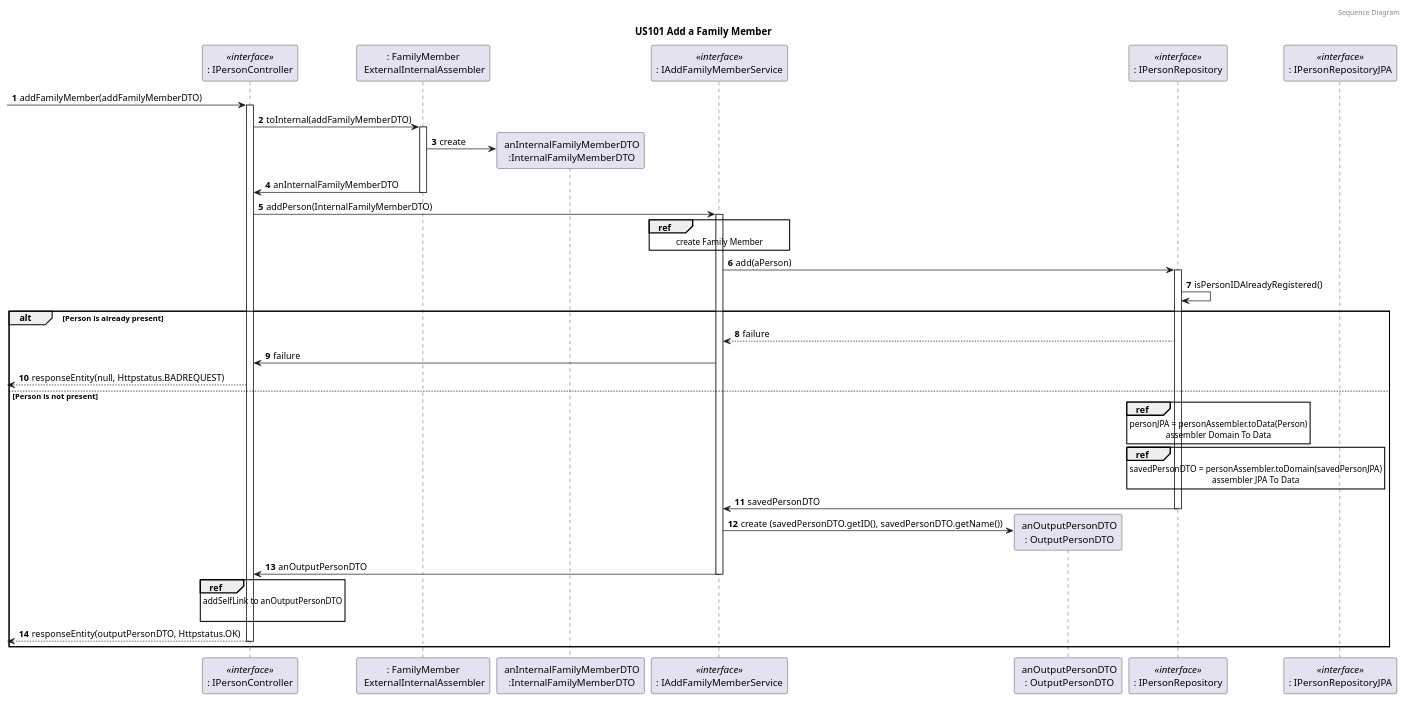
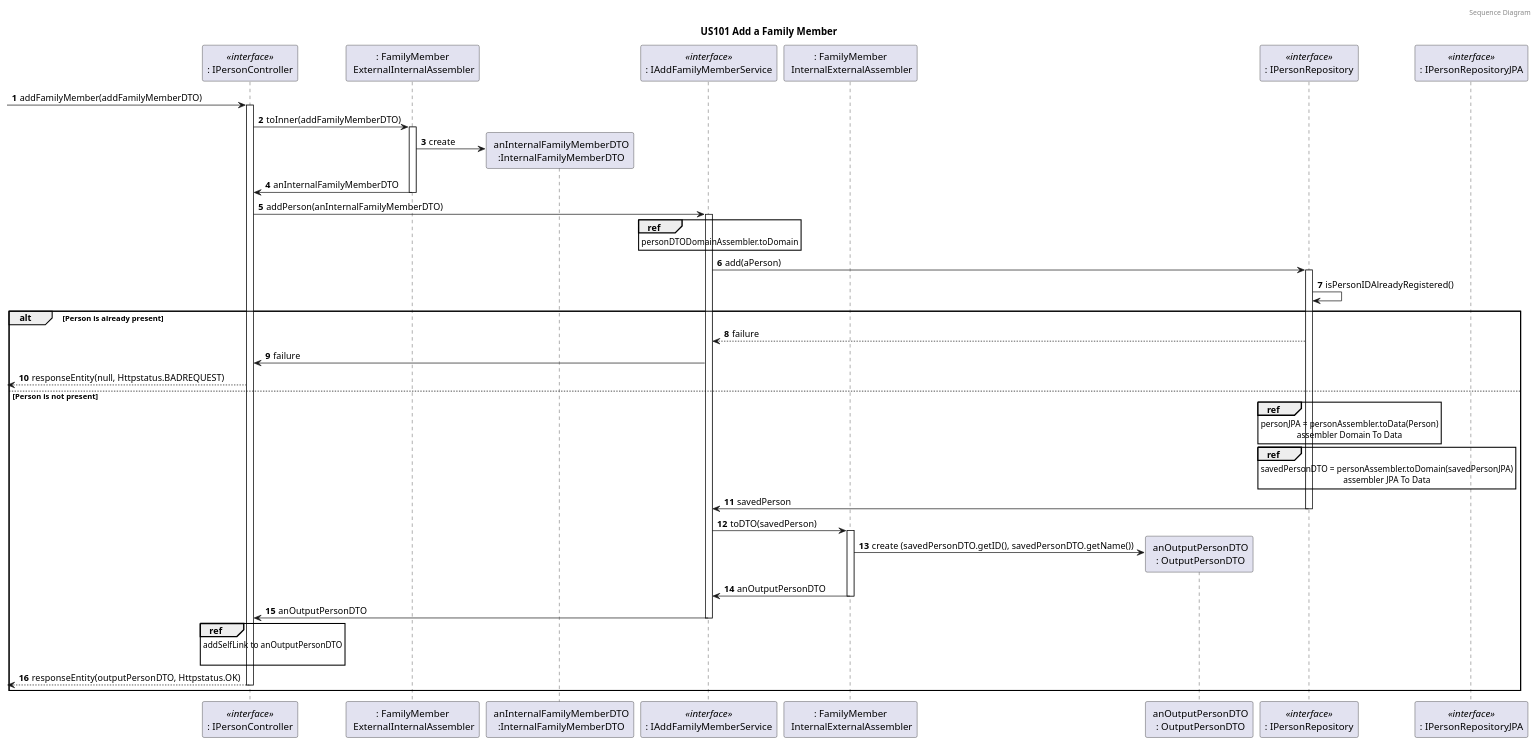
Before and after one commit to tomas-osswald/switch_2020_g3: the fourth of 6 diagrams in docs/sprint5/user_stories/US101_AddFamilyMember.md, drawn with PlantUML. The commit also changed other lines of this file and 8 other files, not shown here.

Commit message:
US101 SD update and PersonRESTController success case addFamilyMember unitary test

`````diff
--- a/docs/sprint5/user_stories/US101_AddFamilyMember.md
+++ b/docs/sprint5/user_stories/US101_AddFamilyMember.md
@@ -263,71 +263,75 @@
 ```puml
 @startuml
 autonumber
 header Sequence Diagram
 title US101 Add a Family Member
 
 participant ": IPersonController" as controller <<interface>>
 participant ": FamilyMember\n ExternalInternalAssembler" as outinassembler
 participant " anInternalFamilyMemberDTO\n :InternalFamilyMemberDTO" as aninaddassembler
-participant ": IAddFamilyMemberService" as FamAdminService <<interface>>
+participant ": IAddFamilyMemberService" as FamilyMemberService <<interface>>
+participant ": FamilyMember\n InternalExternalAssembler" as inoutassembler
 participant " anOutputPersonDTO\n : OutputPersonDTO" as outputPersonDTO
 participant ": IPersonRepository" as prepository  <<interface>>
 participant ": IPersonRepositoryJPA" as prepositoryJPA  <<interface>>
 'participant "aFamilyRepository\n : FamilyRepository" as frepository
 
 -> controller : addFamilyMember(addFamilyMemberDTO)
 activate controller
-controller -> outinassembler : toInternal(addFamilyMemberDTO)
+controller -> outinassembler : toInner(addFamilyMemberDTO)
 activate outinassembler
 outinassembler -> aninaddassembler** : create
 outinassembler -> controller : anInternalFamilyMemberDTO
 deactivate
-controller -> FamAdminService : addPerson(InternalFamilyMemberDTO)
-activate FamAdminService
+controller -> FamilyMemberService : addPerson(anInternalFamilyMemberDTO)
+activate FamilyMemberService
 
-ref over FamAdminService
-create Family Member
+ref over FamilyMemberService
+personDTODomainAssembler.toDomain
 end
 
-FamAdminService -> prepository : add(aPerson)
+FamilyMemberService -> prepository : add(aPerson)
 activate prepository
 
 prepository -> prepository : isPersonIDAlreadyRegistered()
 alt Person is already present
-prepository --> FamAdminService : failure
+prepository --> FamilyMemberService : failure
 
-FamAdminService -> controller : failure
+FamilyMemberService -> controller : failure
 
 <-- controller : responseEntity(null, Httpstatus.BADREQUEST)
 else Person is not present
 ref over prepository
 personJPA = personAssembler.toData(Person)
 assembler Domain To Data
 end
 
 ref over prepository
 savedPersonDTO = personAssembler.toDomain(savedPersonJPA)
 assembler JPA To Data
 end
 
-prepository -> FamAdminService : savedPersonDTO
+prepository -> FamilyMemberService : savedPerson
 deactivate prepository
 deactivate prepositoryJPA
-'FamAdminService - create (savedPersonDTO)
 
-FamAdminService -> outputPersonDTO** : create (savedPersonDTO.getID(), savedPersonDTO.getName())
-FamAdminService -> controller: anOutputPersonDTO
+FamilyMemberService  -> inoutassembler : toDTO(savedPerson)
+activate inoutassembler 
+inoutassembler -> outputPersonDTO** : create (savedPersonDTO.getID(), savedPersonDTO.getName())
+inoutassembler ->  FamilyMemberService  : anOutputPersonDTO
+deactivate 
 deactivate prepository
-deactivate FamAdminService 
 
+FamilyMemberService -> controller : anOutputPersonDTO
+deactivate FamilyMemberService 
 ref over controller
  addSelfLink to anOutputPersonDTO
 
 end
-deactivate FamAdminService
+deactivate FamilyMemberService
 <-- controller : responseEntity(outputPersonDTO, Httpstatus.OK)
 deactivate controller
 
 end
 @enduml
 ````
`````
